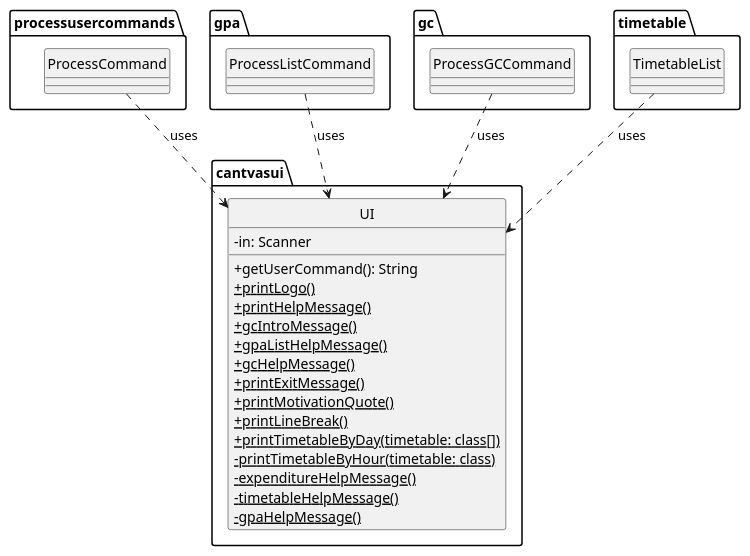
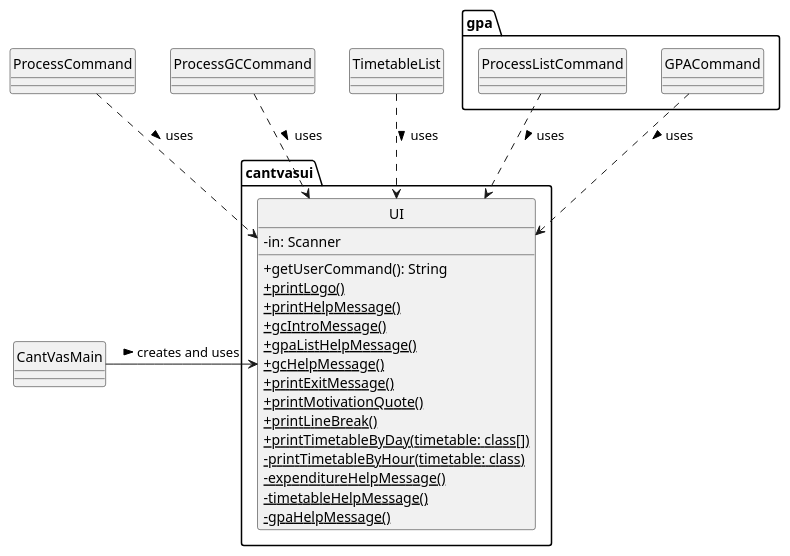
Before and after one commit to nyh3/tp: the diagram in docs/diagrams/classdiagram/UICD.puml, drawn with PlantUML. The commit also changed 5 other files, not shown here.

Commit message:
Add class diagram for ui and include some explanation

```diff
--- a/docs/diagrams/classdiagram/UICD.puml
+++ b/docs/diagrams/classdiagram/UICD.puml
@@ -1,52 +1,56 @@
 @startuml
 'https://plantuml.com/class-diagram
 
 hide circle
 skinparam classAttributeIconSize 0
 
 package cantvasui {
     class UI {
         - in: Scanner
         + getUserCommand(): String
         + {static} printLogo()
         + {static} printHelpMessage()
         + {static} gcIntroMessage()
         + {static} gpaListHelpMessage()
         + {static} gcHelpMessage()
         + {static} printExitMessage()
         + {static} printMotivationQuote()
         + {static} printLineBreak()
         + {static} printTimetableByDay(timetable: class[])
         - {static} printTimetableByHour(timetable: class)
         - {static} expenditureHelpMessage()
         - {static} timetableHelpMessage()
         - {static} gpaHelpMessage()
     }
 }
 
-package processusercommands {
-    class ProcessCommand {
+class CantVasMain {
+}
+
+class ProcessCommand {
+}
+
+package gpa{
+    class ProcessListCommand {
+    }
+
+    class GPACommand {
     }
 }
 
-package gpa {
-    class ProcessListCommand{
-    }
+
+class ProcessGCCommand {
 }
 
-package gc {
-    class ProcessGCCommand{
-    }
+
+class TimetableList {
 }
 
-package timetable {
-    class TimetableList {
-    }
-}
-
-ProcessCommand ..> UI: uses
-ProcessListCommand ..> UI: uses
-ProcessGCCommand ..> UI: uses
-TimetableList ..> UI: uses
+CantVasMain -> UI: creates and uses >
+ProcessCommand ..> UI: uses >
+ProcessListCommand ..> UI: uses >
+ProcessGCCommand ..> UI: uses >
+GPACommand ..> UI: uses >
+TimetableList ..> UI: uses >
 
 @enduml
```
